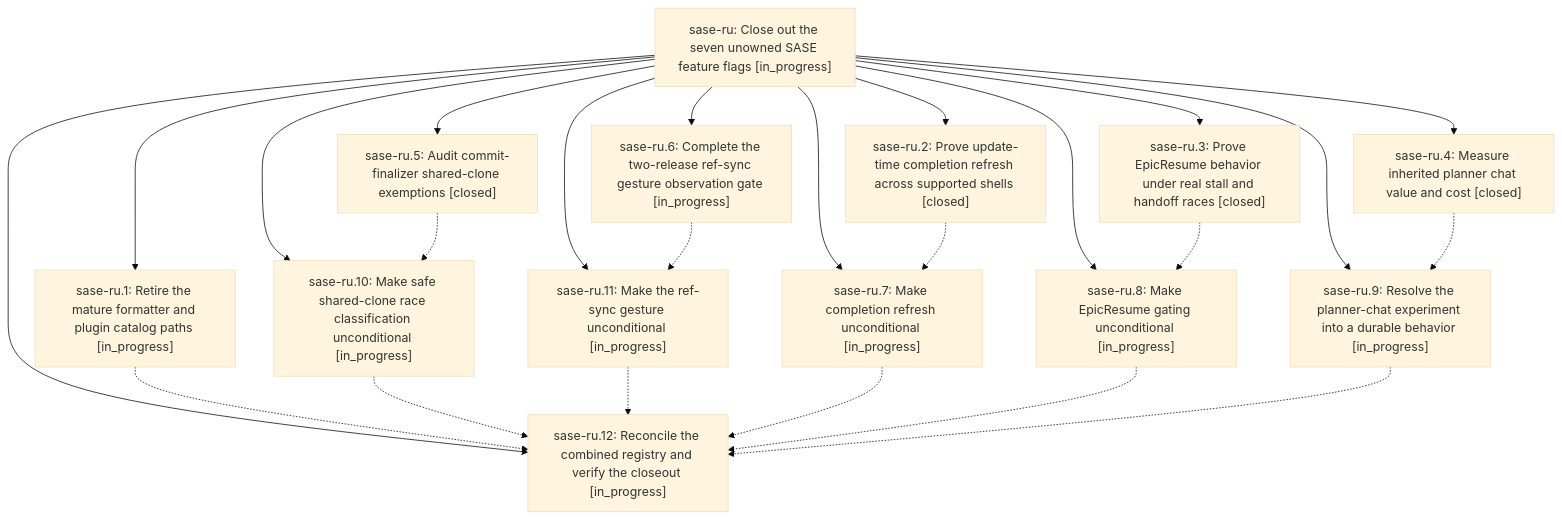
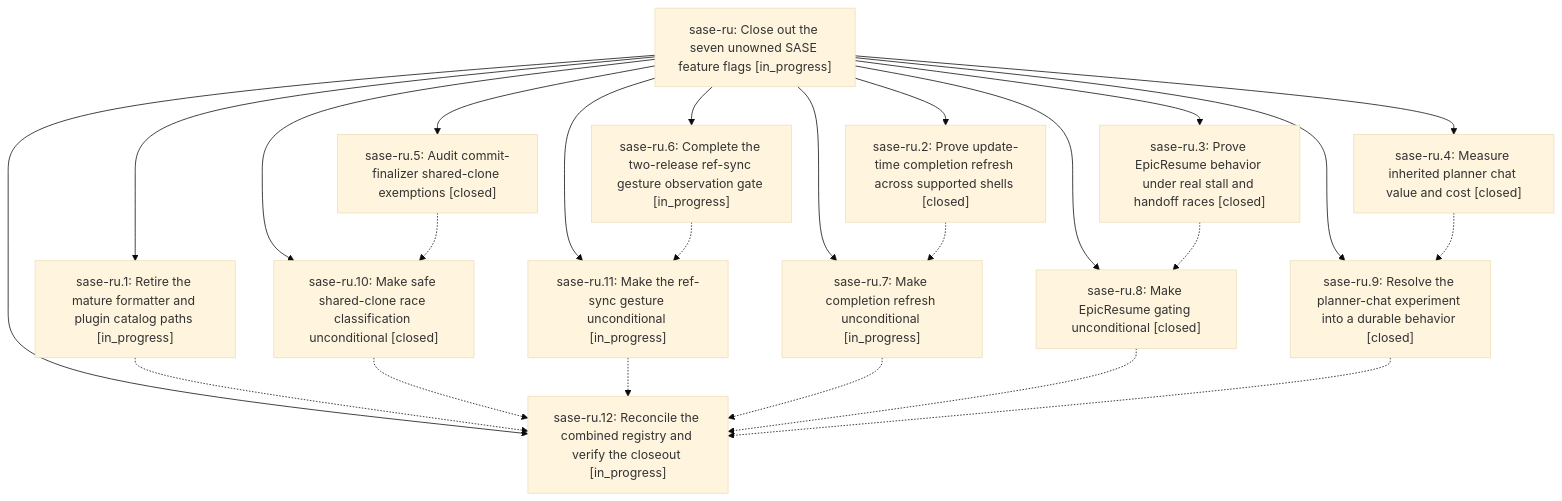
Before and after one commit to sase-org/sase--beads: the diagram in pages/sase-ru/README.md, drawn with Mermaid (base theme). The commit also changed other lines of this file and 8 other files, not shown here.

````diff
--- a/pages/sase-ru/README.md
+++ b/pages/sase-ru/README.md
@@ -33,39 +33,39 @@
 ```mermaid
 flowchart TD
     n0["sase-ru: Close out the seven unowned SASE feature flags [in_progress]"]
     n1["sase-ru.1: Retire the mature formatter and plugin catalog paths [in_progress]"]
-    n2["sase-ru.10: Make safe shared-clone race classification unconditional [in_progress]"]
+    n2["sase-ru.10: Make safe shared-clone race classification unconditional [closed]"]
     n3["sase-ru.11: Make the ref-sync gesture unconditional [in_progress]"]
     n4["sase-ru.12: Reconcile the combined registry and verify the closeout [in_progress]"]
     n5["sase-ru.2: Prove update-time completion refresh across supported shells [closed]"]
     n6["sase-ru.3: Prove EpicResume behavior under real stall and handoff races [closed]"]
     n7["sase-ru.4: Measure inherited planner chat value and cost [closed]"]
     n8["sase-ru.5: Audit commit-finalizer shared-clone exemptions [closed]"]
     n9["sase-ru.6: Complete the two-release ref-sync gesture observation gate [in_progress]"]
     n10["sase-ru.7: Make completion refresh unconditional [in_progress]"]
-    n11["sase-ru.8: Make EpicResume gating unconditional [in_progress]"]
-    n12["sase-ru.9: Resolve the planner-chat experiment into a durable behavior [in_progress]"]
+    n11["sase-ru.8: Make EpicResume gating unconditional [closed]"]
+    n12["sase-ru.9: Resolve the planner-chat experiment into a durable behavior [closed]"]
     n0 --> n1
     n0 --> n2
     n0 --> n3
     n0 --> n4
     n0 --> n5
     n0 --> n6
     n0 --> n7
     n0 --> n8
     n0 --> n9
     n0 --> n10
     n0 --> n11
     n0 --> n12
     n1 -.-> n4
     n2 -.-> n4
     n3 -.-> n4
     n5 -.-> n10
     n6 -.-> n11
     n7 -.-> n12
     n8 -.-> n2
     n9 -.-> n3
     n10 -.-> n4
     n11 -.-> n4
     n12 -.-> n4
 ```
````
